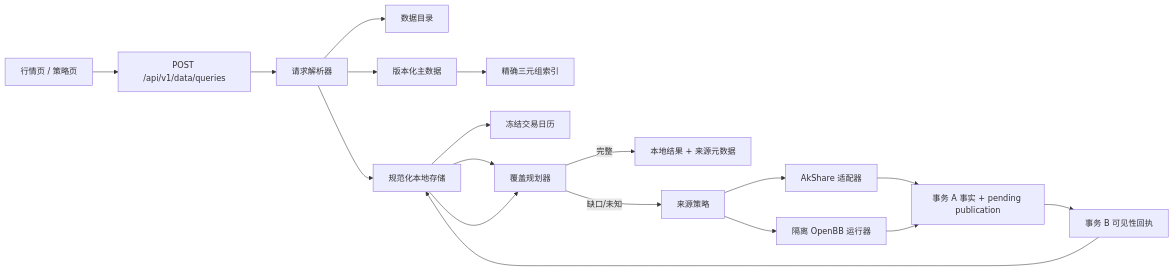
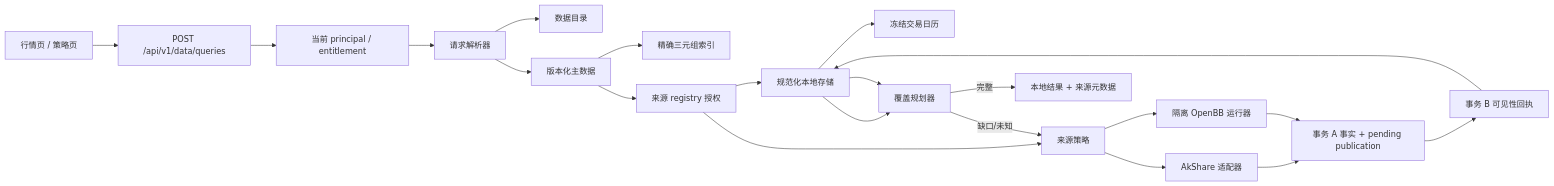
One commit to cloudQuant/backtrader_web changed the diagram in docs/iterations/迭代197-本地优先市场数据中台/DESIGN.md. Above: the diagram before and after it, drawn with Mermaid. The commit also changed other lines of this file and 42 other files, not shown here.

````diff
--- a/docs/iterations/迭代197-本地优先市场数据中台/DESIGN.md
+++ b/docs/iterations/迭代197-本地优先市场数据中台/DESIGN.md
@@ -7,20 +7,23 @@
 ```mermaid
 flowchart LR
   UI[行情页 / 策略页] --> API[POST /api/v1/data/queries]
-  API --> R[请求解析器]
+  API --> AUTH[当前 principal / entitlement]
+  AUTH --> R[请求解析器]
   R --> C[数据目录]
   R --> I[版本化主数据]
   I --> K[精确三元组索引]
-  R --> S[规范化本地存储]
+  I --> SA[来源 registry 授权]
+  SA --> S[规范化本地存储]
+  SA --> POLICY[来源策略]
   S --> CAL[冻结交易日历]
   S --> PLAN[覆盖规划器]
   PLAN -->|完整| OUT[本地结果 + 来源元数据]
-  PLAN -->|缺口/未知| POLICY[来源策略]
+  PLAN -->|缺口/未知| POLICY
   POLICY --> AK[AkShare 适配器]
   POLICY --> OBB[隔离 OpenBB 运行器]
   AK --> TXA[事务 A 事实 + pending publication]
   OBB --> TXA
   TXA --> TXB[事务 B 可见性回执]
   TXB --> S
   S --> PLAN
 ```
````
